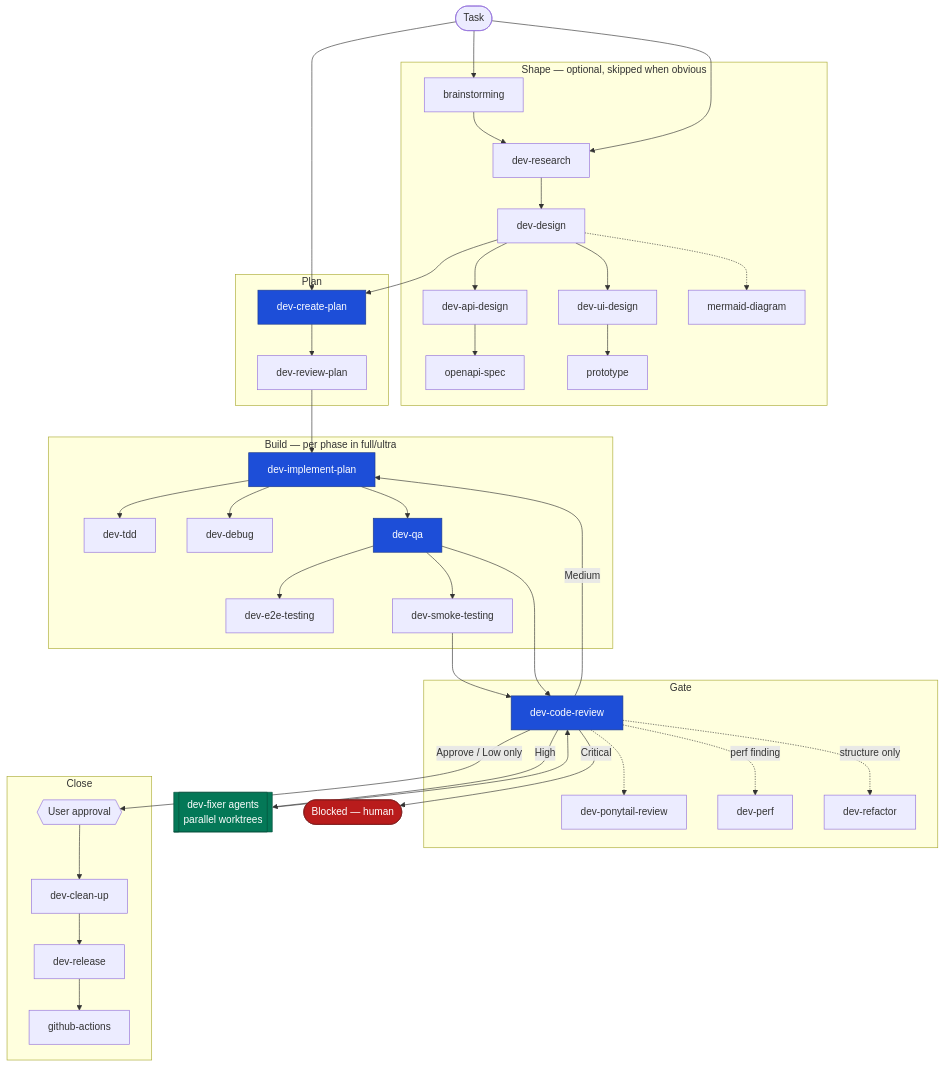
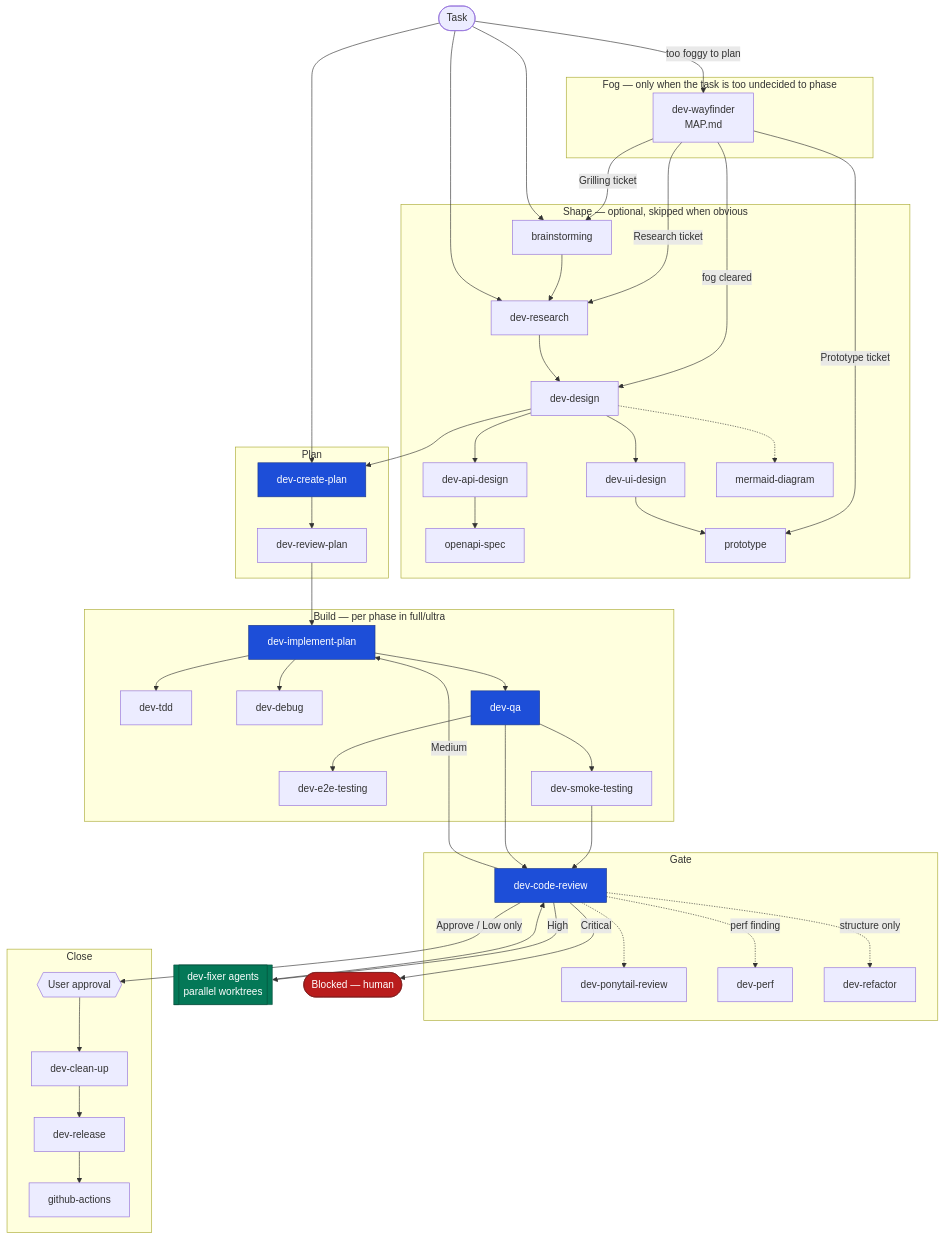
One commit to amjadjibon/skills changed the first of 3 diagrams in docs/SKILL-MAP.md. Above: the diagram before and after it, drawn with Mermaid. The commit also changed other lines of this file and 8 other files, not shown here.

First line of the commit message:
feat: add dev-wayfinder, for work too undecided to plan

````diff
--- a/docs/SKILL-MAP.md
+++ b/docs/SKILL-MAP.md
@@ -9,6 +9,10 @@
 ```mermaid
 flowchart TD
     task([Task])
+
+    subgraph fog["Fog — only when the task is too undecided to phase"]
+        wayfinder[dev-wayfinder<br/>MAP.md]
+    end
 
     subgraph shape["Shape — optional, skipped when obvious"]
         brainstorm[brainstorming]
@@ -49,6 +53,12 @@
         actions[github-actions]
     end
 
+    task -->|too foggy to plan| wayfinder
+    wayfinder -->|Research ticket| research
+    wayfinder -->|Prototype ticket| proto
+    wayfinder -->|Grilling ticket| brainstorm
+    wayfinder -->|fog cleared| design
+
     task --> brainstorm --> research --> design --> create
     task --> research
     task --> create
````
